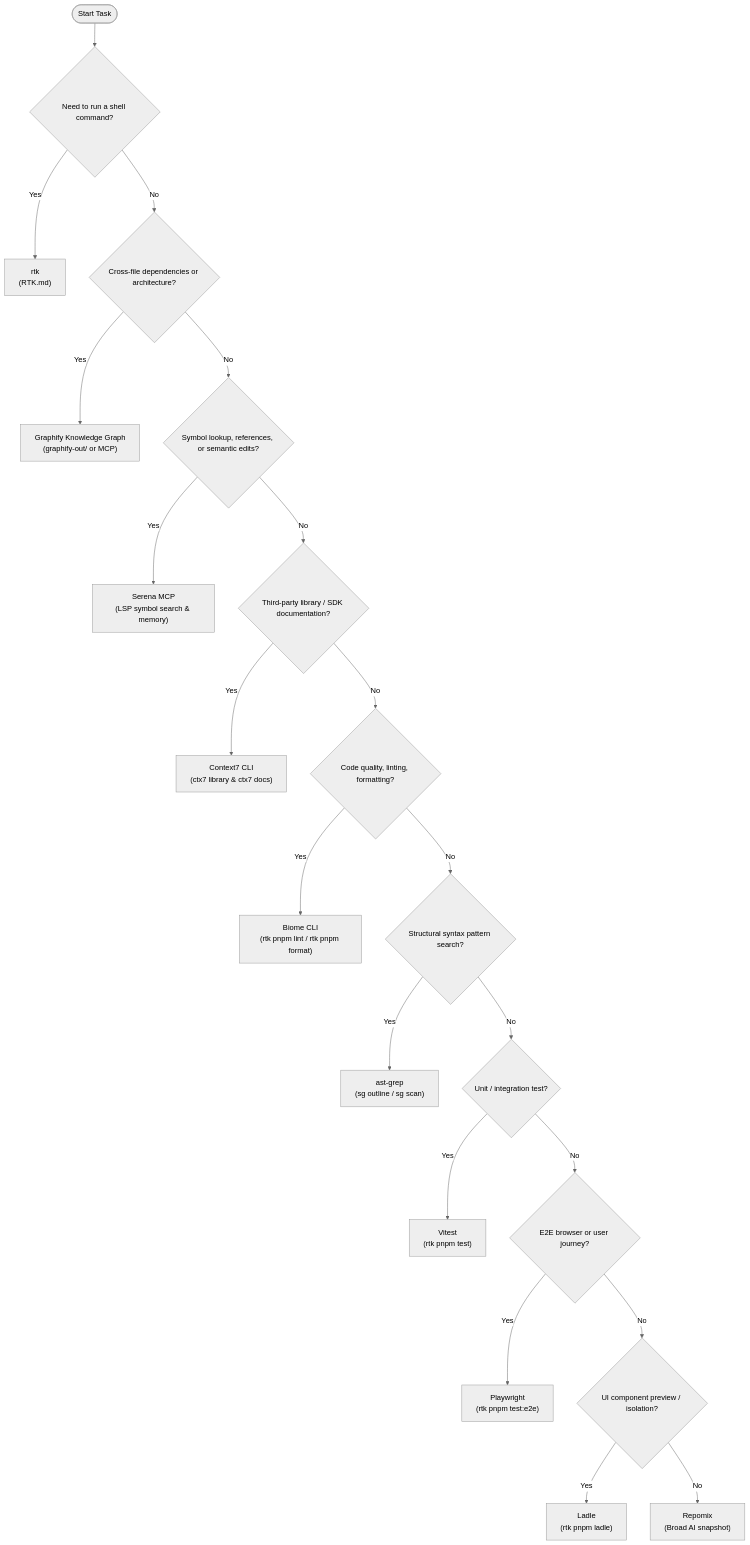
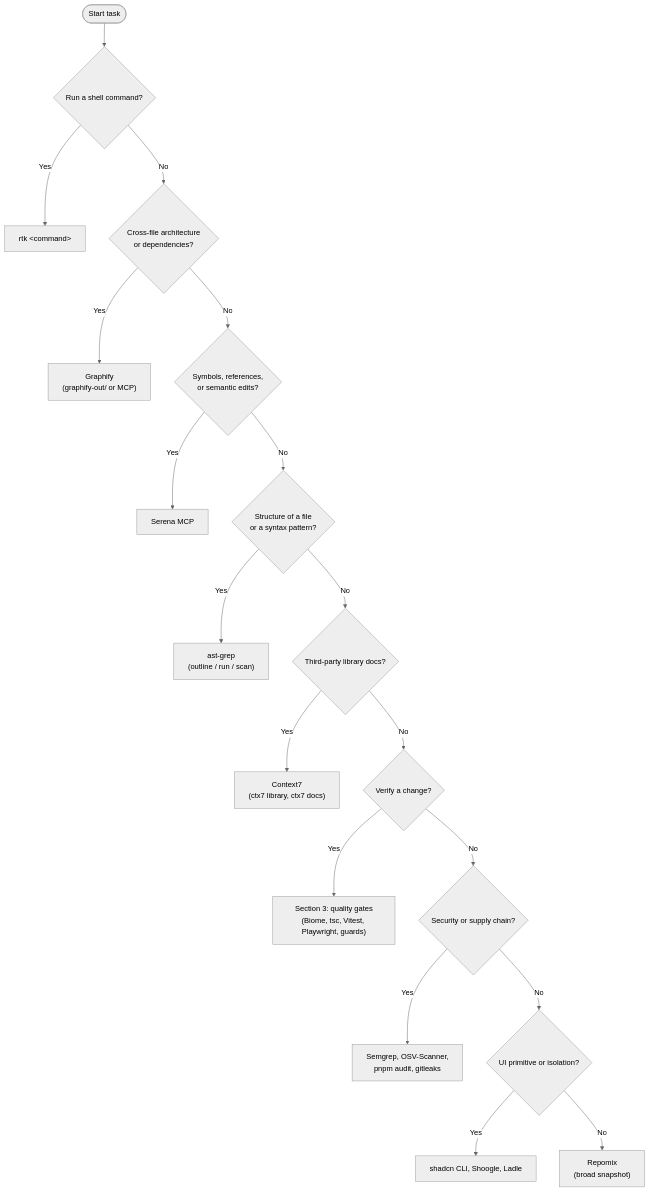
One commit to ianmaciel7/notes-app changed the diagram in TOOLING.md. Above: the diagram before and after it, drawn with Mermaid (neutral theme). The commit also changed other lines of this file and 66 other files, not shown here.

````diff
--- a/TOOLING.md
+++ b/TOOLING.md
@@ -11,30 +30,27 @@
 ```mermaid
 flowchart TD
-    Task([Start Task]) --> Q1{Need to run a shell command?}
-    Q1 -- Yes --> RTK["rtk <command><br/>(RTK.md)"]
-    Q1 -- No --> Q2{Cross-file dependencies or architecture?}
+    Task([Start task]) --> Q1{Run a shell command?}
+    Q1 -- Yes --> RTK["rtk &lt;command&gt;"]
+    Q1 -- No --> Q2{Cross-file architecture<br/>or dependencies?}
 
-    Q2 -- Yes --> Graphify["Graphify Knowledge Graph<br/>(graphify-out/ or MCP)"]
-    Q2 -- No --> Q3{Symbol lookup, references, or semantic edits?}
+    Q2 -- Yes --> Graphify["Graphify<br/>(graphify-out/ or MCP)"]
+    Q2 -- No --> Q3{Symbols, references,<br/>or semantic edits?}
 
-    Q3 -- Yes --> Serena["Serena MCP<br/>(LSP symbol search & memory)"]
-    Q3 -- No --> Q4{Third-party library / SDK documentation?}
+    Q3 -- Yes --> Serena["Serena MCP"]
+    Q3 -- No --> Q4{Structure of a file<br/>or a syntax pattern?}
 
-    Q4 -- Yes --> Context7["Context7 CLI<br/>(ctx7 library & ctx7 docs)"]
-    Q4 -- No --> Q5{Code quality, linting, formatting?}
+    Q4 -- Yes --> ASTGrep["ast-grep<br/>(outline / run / scan)"]
+    Q4 -- No --> Q5{Third-party library docs?}
 
-    Q5 -- Yes --> Biome["Biome CLI<br/>(rtk pnpm lint / rtk pnpm format)"]
-    Q5 -- No --> Q6{Structural syntax pattern search?}
+    Q5 -- Yes --> Context7["Context7<br/>(ctx7 library, ctx7 docs)"]
+    Q5 -- No --> Q6{Verify a change?}
 
-    Q6 -- Yes --> ASTGrep["ast-grep<br/>(sg outline / sg scan)"]
-    Q6 -- No --> Q7{Unit / integration test?}
+    Q6 -- Yes --> Verify["Section 3: quality gates<br/>(Biome, tsc, Vitest, Playwright, guards)"]
+    Q6 -- No --> Q7{Security or supply chain?}
 
-    Q7 -- Yes --> Vitest["Vitest<br/>(rtk pnpm test)"]
-    Q7 -- No --> Q8{E2E browser or user journey?}
+    Q7 -- Yes --> Security["Semgrep, OSV-Scanner,<br/>pnpm audit, gitleaks"]
+    Q7 -- No --> Q8{UI primitive or isolation?}
 
-    Q8 -- Yes --> Playwright["Playwright<br/>(rtk pnpm test:e2e)"]
-    Q8 -- No --> Q9{UI component preview / isolation?}
-
-    Q9 -- Yes --> Ladle["Ladle<br/>(rtk pnpm ladle)"]
-    Q9 -- No --> RepoMix["Repomix<br/>(Broad AI snapshot)"]
+    Q8 -- Yes --> UI["shadcn CLI, Shoogle, Ladle"]
+    Q8 -- No --> RepoMix["Repomix<br/>(broad snapshot)"]
 ```
````
